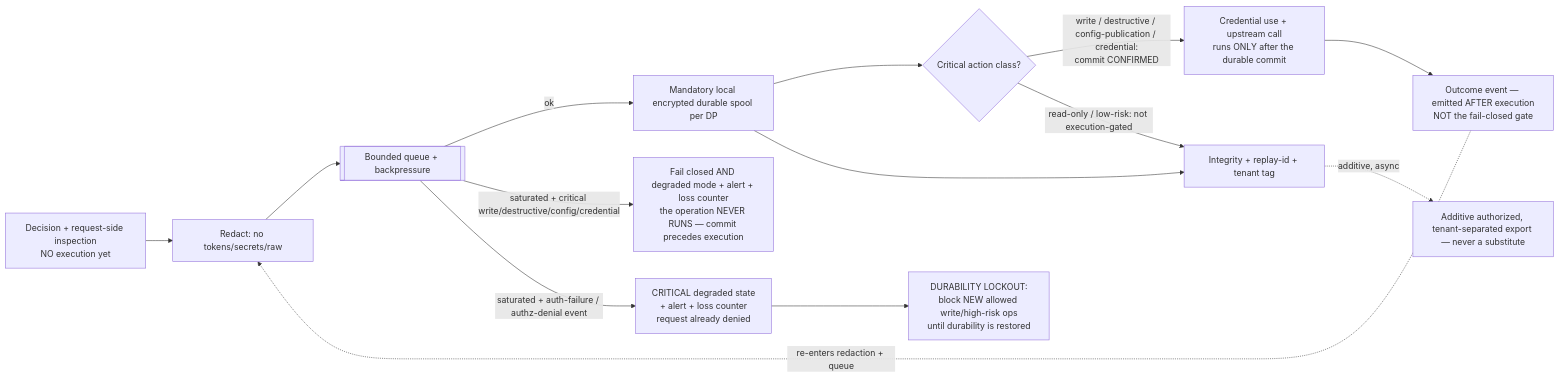
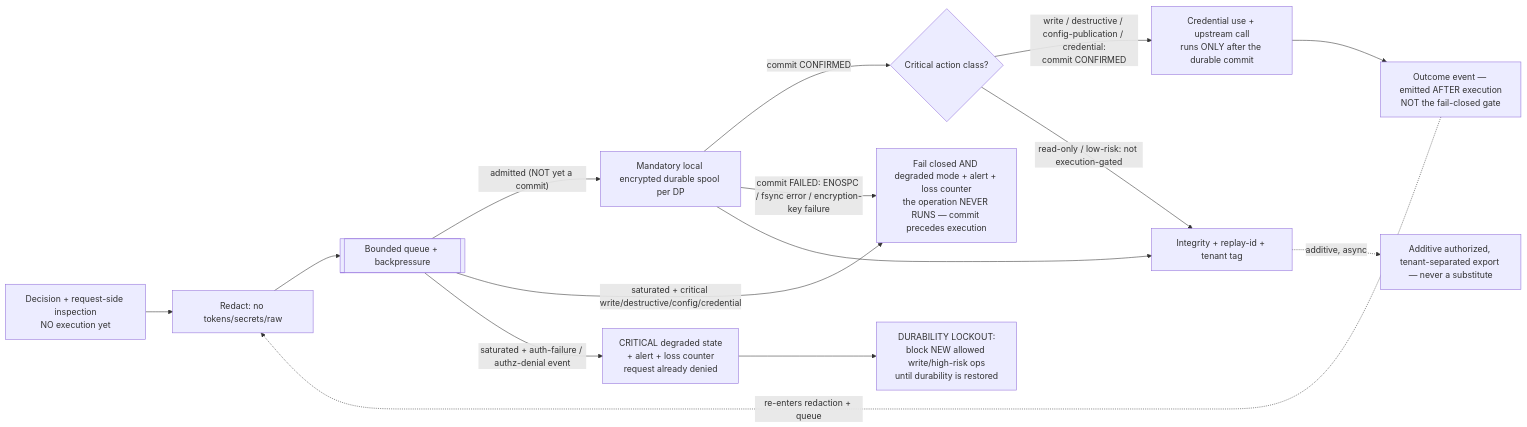
One commit to KidCarmi/Culvert changed the ninth of 15 diagrams in docs/design/mcp/DATA-FLOW-DIAGRAMS.md. Above: the diagram before and after it, drawn with Mermaid. The commit also changed other lines of this file and 7 other files, not shown here.

````diff
--- a/docs/design/mcp/DATA-FLOW-DIAGRAMS.md
+++ b/docs/design/mcp/DATA-FLOW-DIAGRAMS.md
@@ -162,16 +162,17 @@
 ```mermaid
 flowchart LR
   DEC["Decision + request-side inspection<br/>NO execution yet"] --> RDX[Redact: no tokens/secrets/raw]
   RDX --> Q[[Bounded queue + backpressure]]
-  Q -->|ok| SPOOL[Mandatory local encrypted durable spool per DP]
-  SPOOL --> GATE{Critical action class?}
+  Q -->|"admitted (NOT yet a commit)"| SPOOL[Mandatory local encrypted durable spool per DP]
+  SPOOL -->|"commit CONFIRMED"| GATE{Critical action class?}
+  SPOOL -->|"commit FAILED: ENOSPC / fsync error / encryption-key failure"| FC
   GATE -->|"write / destructive / config-publication / credential:<br/>commit CONFIRMED"| EXEC["Credential use + upstream call<br/>runs ONLY after the durable commit"]
   GATE -->|"read-only / low-risk: not execution-gated"| INT
   EXEC --> OUT["Outcome event — emitted AFTER execution<br/>NOT the fail-closed gate"]
   OUT -.re-enters redaction + queue.-> RDX
   Q -->|"saturated + critical write/destructive/config/credential"| FC["Fail closed AND degraded mode + alert + loss counter<br/>the operation NEVER RUNS — commit precedes execution"]
   Q -->|saturated + auth-failure / authz-denial event| CDEG["CRITICAL degraded state\n+ alert + loss counter\nrequest already denied"]
   CDEG --> LOCK["DURABILITY LOCKOUT:\nblock NEW allowed write/high-risk ops\nuntil durability is restored"]
   SPOOL --> INT[Integrity + replay-id + tenant tag]
   INT -. additive, async .-> EXP[Additive authorized, tenant-separated export — never a substitute]
 ```
````
